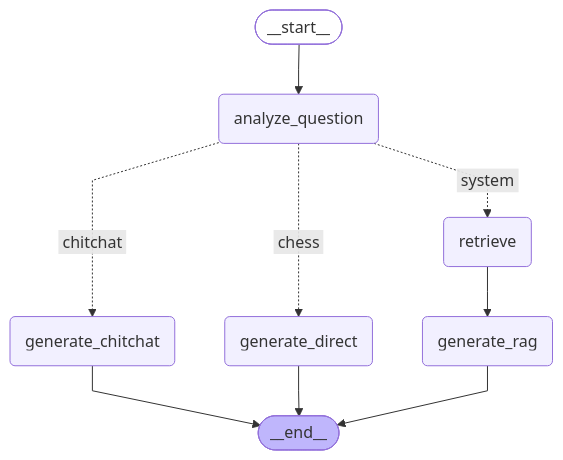
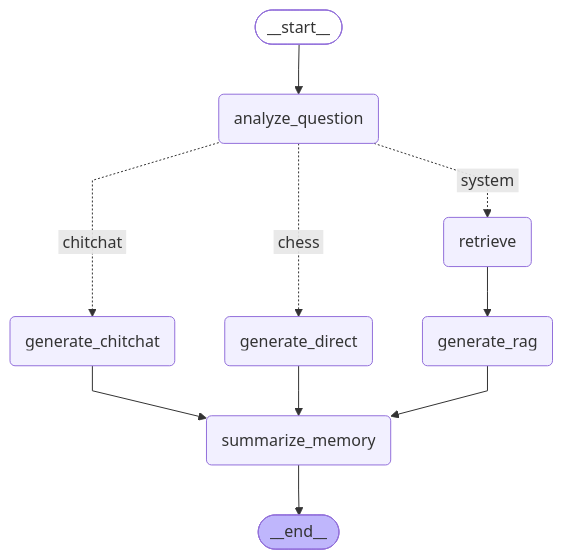
One commit to ximofam/web_game_chess_online changed the diagram in ai-service/docs/graph.md. Above: the diagram before and after it, drawn with Mermaid. The commit also changed 8 other files, not shown here.

````diff
--- a/ai-service/docs/graph.md
+++ b/ai-service/docs/graph.md
@@ -3,26 +3,28 @@
 ```mermaid
 ---
 config:
   flowchart:
     curve: linear
 ---
 graph TD;
 	__start__([<p>__start__</p>]):::first
 	analyze_question(analyze_question)
 	retrieve(retrieve)
 	generate_rag(generate_rag)
 	generate_direct(generate_direct)
 	generate_chitchat(generate_chitchat)
+	summarize_memory(summarize_memory)
 	__end__([<p>__end__</p>]):::last
 	__start__ --> analyze_question;
 	analyze_question -. &nbsp;chitchat&nbsp; .-> generate_chitchat;
 	analyze_question -. &nbsp;chess&nbsp; .-> generate_direct;
 	analyze_question -. &nbsp;system&nbsp; .-> retrieve;
+	generate_chitchat --> summarize_memory;
+	generate_direct --> summarize_memory;
+	generate_rag --> summarize_memory;
 	retrieve --> generate_rag;
-	generate_chitchat --> __end__;
-	generate_direct --> __end__;
-	generate_rag --> __end__;
+	summarize_memory --> __end__;
 	classDef default fill:#f2f0ff,line-height:1.2
 	classDef first fill-opacity:0
 	classDef last fill:#bfb6fc
 ```
````
